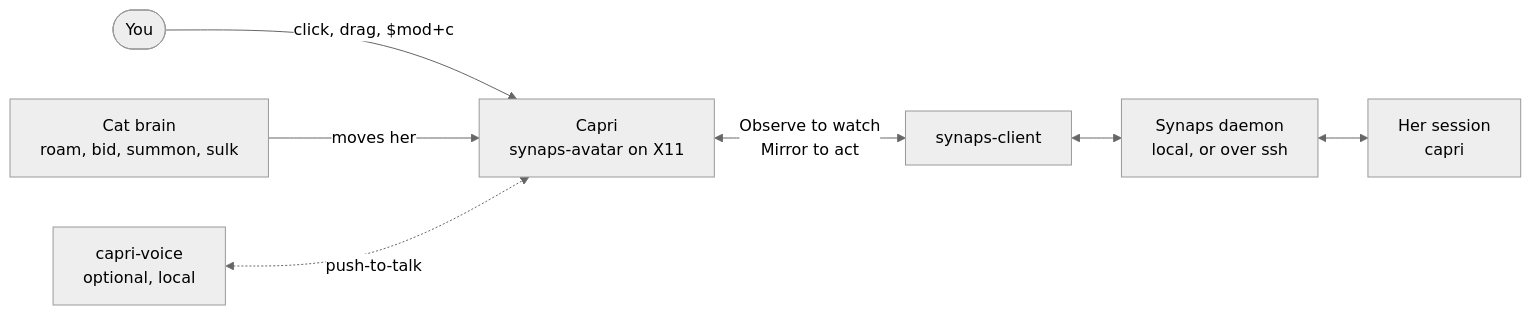
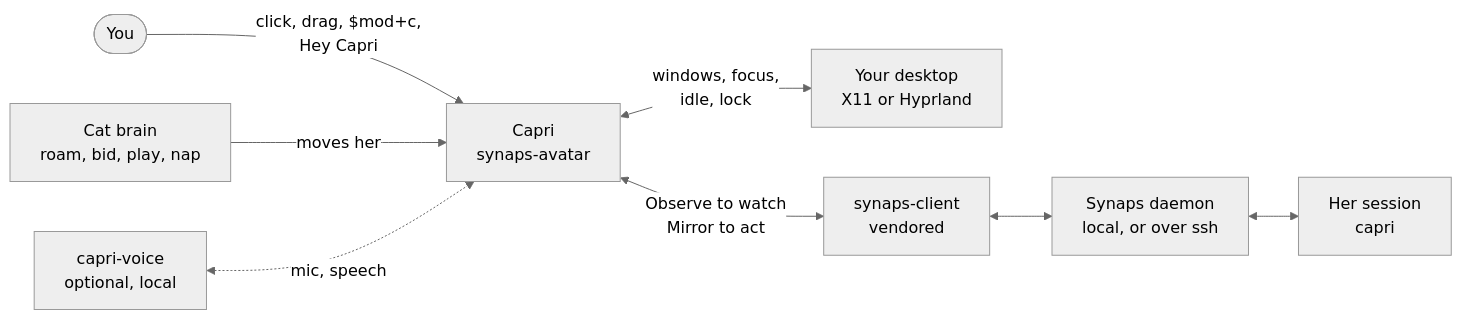
The diagram in README.md (HaseebKhalid1507/capri-syn), drawn with Mermaid (neutral theme) before and after one commit. The commit also changed other lines of this file and 27 other files, not shown here.

````diff
--- a/README.md
+++ b/README.md
@@ -114,17 +145,19 @@
 ```mermaid
 flowchart LR
     you(["You"])
-    brain["Cat brain<br/>roam, bid, summon, sulk"]
+    brain["Cat brain<br/>roam, bid, play, nap"]
     voice["capri-voice<br/>optional, local"]
-    capri["Capri<br/>synaps-avatar on X11"]
-    client["synaps-client"]
+    capri["Capri<br/>synaps-avatar"]
+    desk["Your desktop<br/>X11 or Hyprland"]
+    client["synaps-client<br/>vendored"]
     daemon["Synaps daemon<br/>local, or over ssh"]
     session["Her session<br/>capri"]
 
-    you -->|"click, drag, $mod+c"| capri
+    you -->|"click, drag, $mod+c,<br/>Hey Capri"| capri
     brain -->|"moves her"| capri
-    voice <-.->|"push-to-talk"| capri
+    capri <-->|"windows, focus,<br/>idle, lock"| desk
+    voice <-.->|"mic, speech"| capri
     capri <-->|"Observe to watch<br/>Mirror to act"| client
     client <--> daemon
     daemon <--> session
 ```
````
